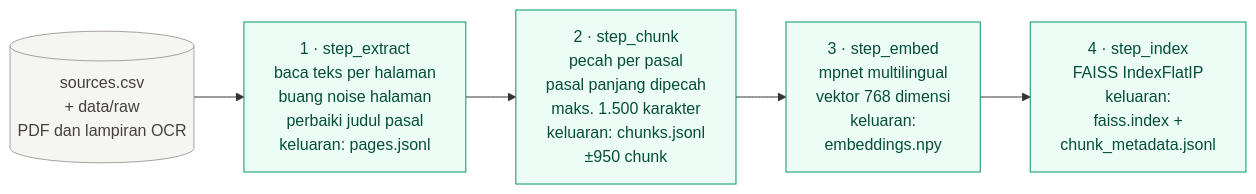
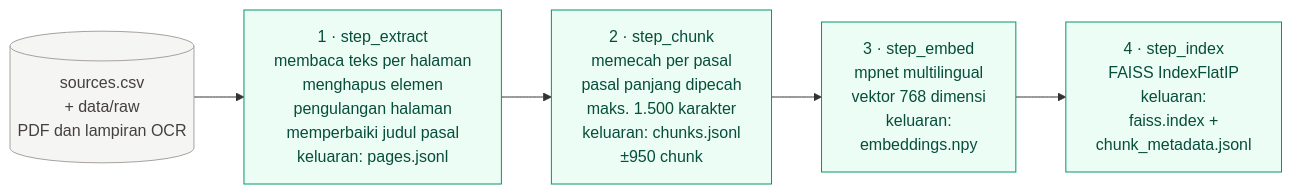
Before and after one commit to bangahmed/RAG_Dukcapil: the second of 6 diagrams in docs/alur-kerja.md, drawn with Mermaid. The commit also changed other lines of this file and 8 other files, not shown here.

````diff
--- a/docs/alur-kerja.md
+++ b/docs/alur-kerja.md
@@ -68,13 +70,13 @@
 ```mermaid
 flowchart LR
     classDef lokal fill:#ecfdf5,stroke:#059669,color:#064e3b
     classDef data fill:#f5f5f4,stroke:#a8a29e,color:#44403c
 
     src[("sources.csv<br/>+ data/raw<br/>PDF dan lampiran OCR")]:::data
-    s1["1 · step_extract<br/>baca teks per halaman<br/>buang noise halaman<br/>perbaiki judul pasal<br/>keluaran: pages.jsonl"]:::lokal
-    s2["2 · step_chunk<br/>pecah per pasal<br/>pasal panjang dipecah<br/>maks. 1.500 karakter<br/>keluaran: chunks.jsonl<br/>±950 chunk"]:::lokal
+    s1["1 · step_extract<br/>membaca teks per halaman<br/>menghapus elemen<br/>pengulangan halaman<br/>memperbaiki judul pasal<br/>keluaran: pages.jsonl"]:::lokal
+    s2["2 · step_chunk<br/>memecah per pasal<br/>pasal panjang dipecah<br/>maks. 1.500 karakter<br/>keluaran: chunks.jsonl<br/>±950 chunk"]:::lokal
     s3["3 · step_embed<br/>mpnet multilingual<br/>vektor 768 dimensi<br/>keluaran:<br/>embeddings.npy"]:::lokal
     s4["4 · step_index<br/>FAISS IndexFlatIP<br/>keluaran:<br/>faiss.index +<br/>chunk_metadata.jsonl"]:::lokal
 
     src --> s1 --> s2 --> s3 --> s4
 ```
````
